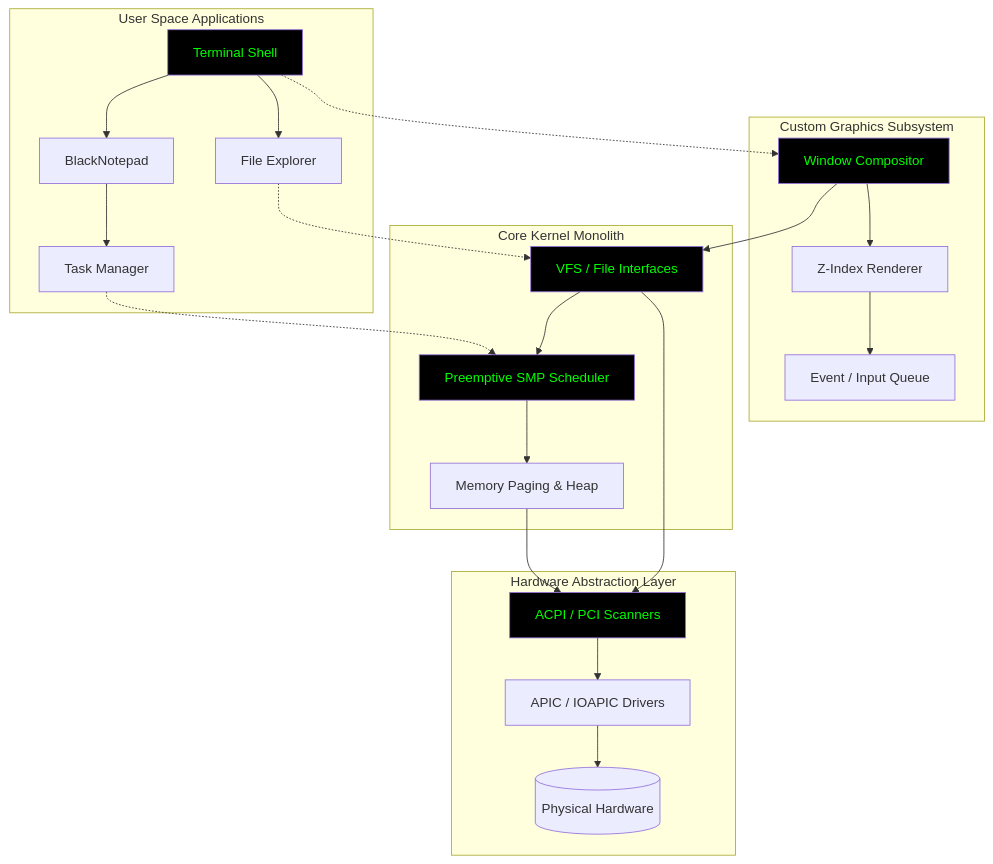
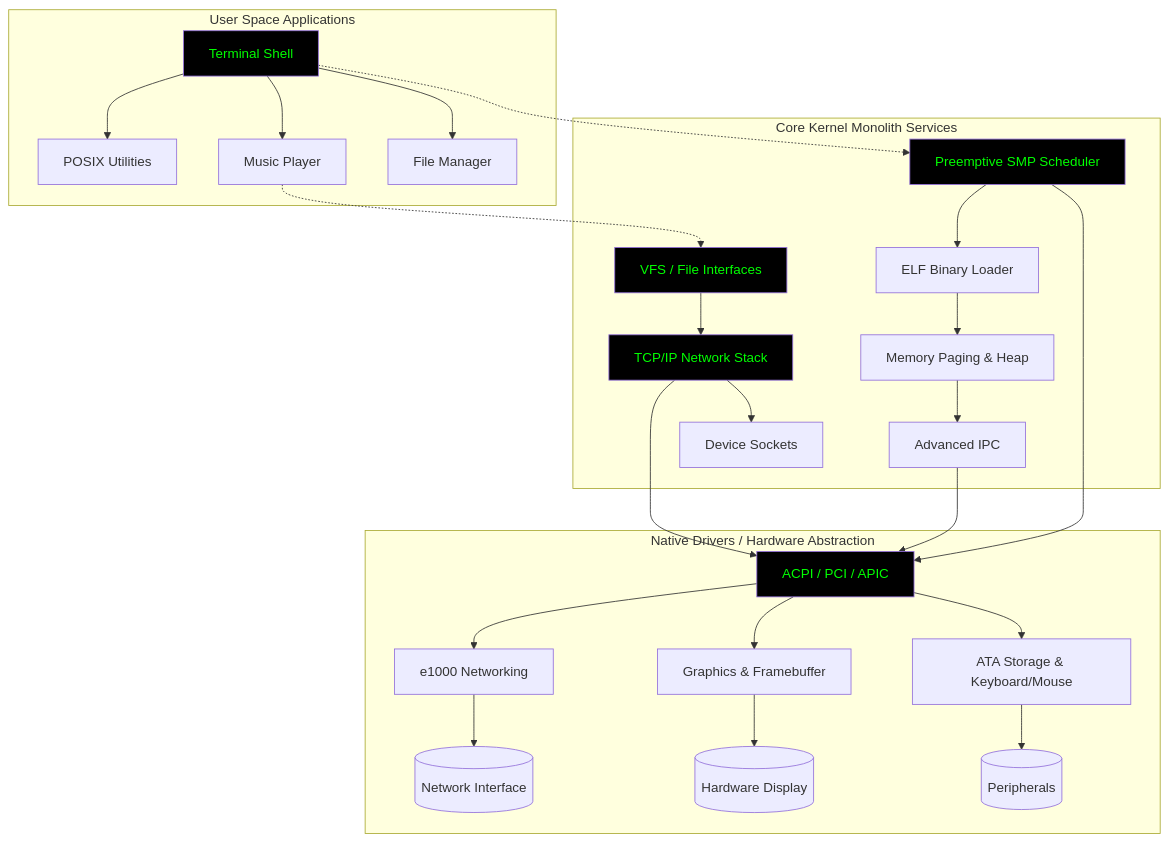
One commit to BLACK0X80/BLACK-OS changed the diagram in README.md. Above: the diagram before and after it, drawn with Mermaid. The commit also changed other lines of this file, not shown here.

````diff
--- a/README.md
+++ b/README.md
@@ -123,36 +112,39 @@
 ```mermaid
 graph TB
     subgraph User Space Applications
-        A[Terminal Shell] --> B[BlackNotepad]
-        A --> C[File Explorer]
-        B --> E[Task Manager]
+        A[Terminal Shell] --> B[POSIX Utilities]
+        A --> C[Music Player]
+        A --> D[File Manager]
     end
     
-    subgraph Custom Graphics Subsystem
-        F[Window Compositor] --> G[Z-Index Renderer]
-        G --> H[Event / Input Queue]
+    subgraph Core Kernel Monolith Services
+        E[Preemptive SMP Scheduler] --> F[ELF Binary Loader]
+        F --> G[Memory Paging & Heap]
+        G --> H[Advanced IPC]
+        
+        I[VFS / File Interfaces] --> J[TCP/IP Network Stack]
+        J --> K[Device Sockets]
     end
     
-    subgraph Core Kernel Monolith
-        I[VFS / File Interfaces] --> J[Preemptive SMP Scheduler]
-        J --> K[Memory Paging & Heap]
+    subgraph Native Drivers / Hardware Abstraction
+        L[ACPI / PCI / APIC] --> M[e1000 Networking]
+        L --> N[Graphics & Framebuffer]
+        L --> O[ATA Storage & Keyboard/Mouse]
+        
+        M --> P[(Network Interface)]
+        N --> Q[(Hardware Display)]
+        O --> R[(Peripherals)]
     end
     
-    subgraph Hardware Abstraction Layer
-        L[ACPI / PCI Scanners] --> M[APIC / IOAPIC Drivers]
-        M --> N[(Physical Hardware)]
-    end
-    
-    A -.-> F
-    E -.-> J
+    A -.-> E
     C -.-> I
-    F --> I
-    I --> L
-    K --> L
+    E --> L
+    H --> L
+    J --> L
     
     style A fill:#000,color:#0f0
-    style F fill:#000,color:#0f0
+    style E fill:#000,color:#0f0
+    style L fill:#000,color:#0f0
     style I fill:#000,color:#0f0
     style J fill:#000,color:#0f0
-    style L fill:#000,color:#0f0
 ```
````
